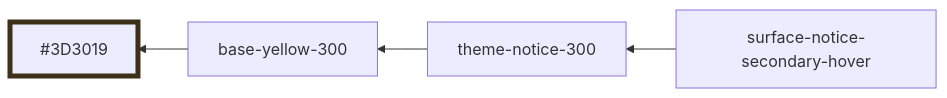
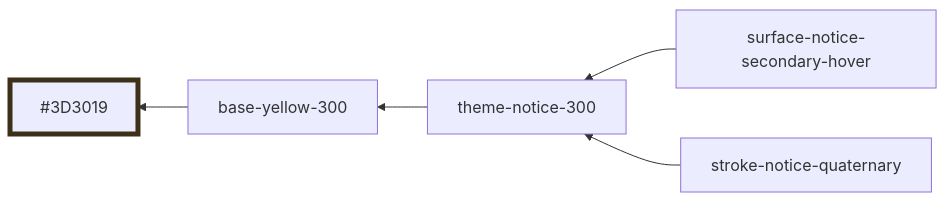
Before and after one commit to oxidecomputer/design-system: diagram 11 of 51 in styles/dist/main.md, drawn with Mermaid. The commit also changed other lines of this file and 8 other files, not shown here.

````diff
--- a/styles/dist/main.md
+++ b/styles/dist/main.md
@@ -141,8 +143,9 @@
 ```mermaid
 graph RL
   base-yellow-300 --> #3D3019:::base-yellow-300
   surface-notice-secondary-hover --> theme-notice-300
+  stroke-notice-quaternary --> theme-notice-300
   theme-notice-300 --> base-yellow-300
 
 	classDef base-yellow-300 stroke-width:5,stroke:#3D3019
 ```
````
